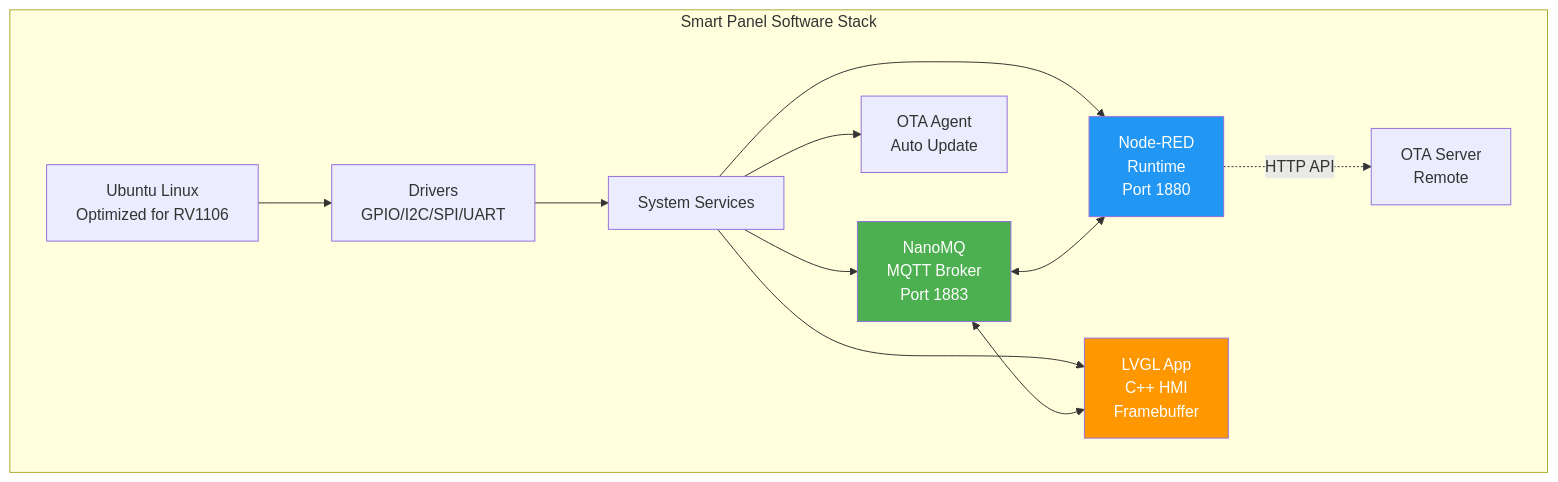
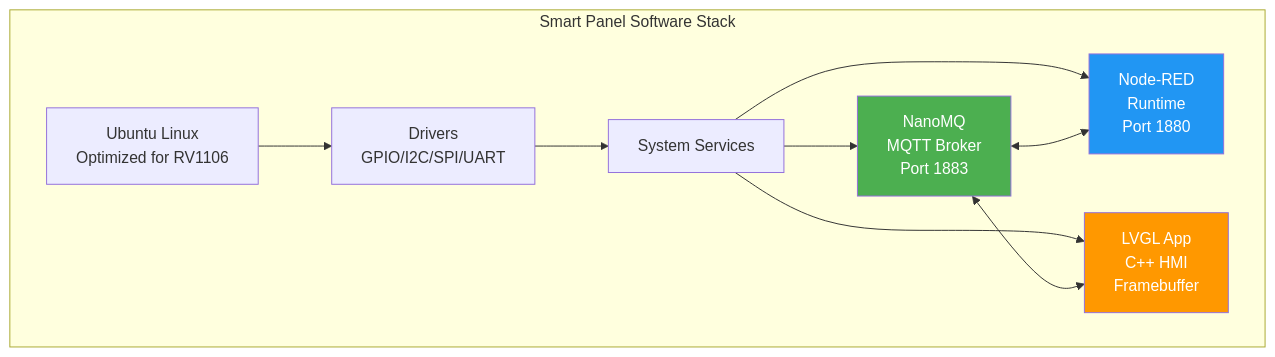
One commit to huongvn/HLCFEOS changed the second of 8 diagrams in slides/02-techstack.md. Above: the diagram before and after it, drawn with Mermaid. The commit also changed other lines of this file and 4 other files, not shown here.

````diff
--- a/slides/02-techstack.md
+++ b/slides/02-techstack.md
@@ -61,20 +61,19 @@
 ```mermaid
 graph TB
     subgraph "Smart Panel Software Stack"
         A[Ubuntu Linux<br/>Optimized for RV1106] --> B[Drivers<br/>GPIO/I2C/SPI/UART]
         B --> C[System Services]
         
         C --> D[NanoMQ<br/>MQTT Broker<br/>Port 1883]
         C --> E[Node-RED<br/>Runtime<br/>Port 1880]
         C --> F[LVGL App<br/>C++ HMI<br/>Framebuffer]
-        C --> G[OTA Agent<br/>Auto Update]
+     
         
         D <--> E
         D <--> F
-        E -.->|HTTP API| H[OTA Server<br/>Remote]
     end
     
     style D fill:#4CAF50,color:#fff
     style E fill:#2196F3,color:#fff
     style F fill:#FF9800,color:#fff
 ```
````
